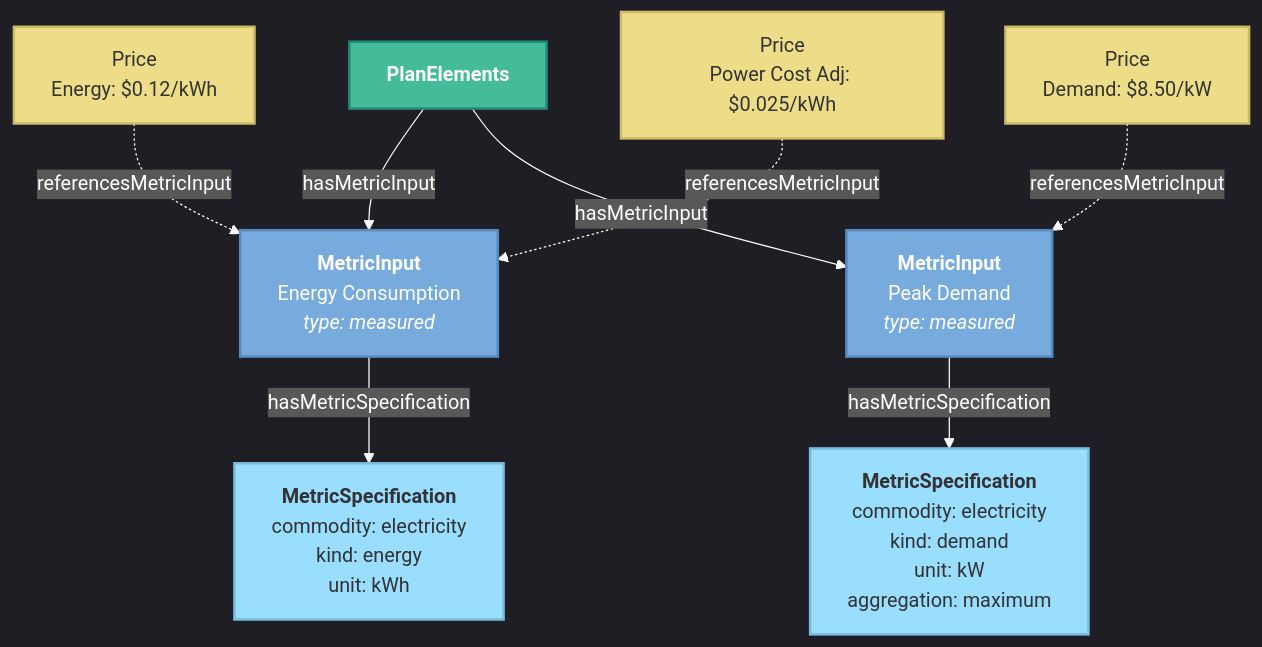
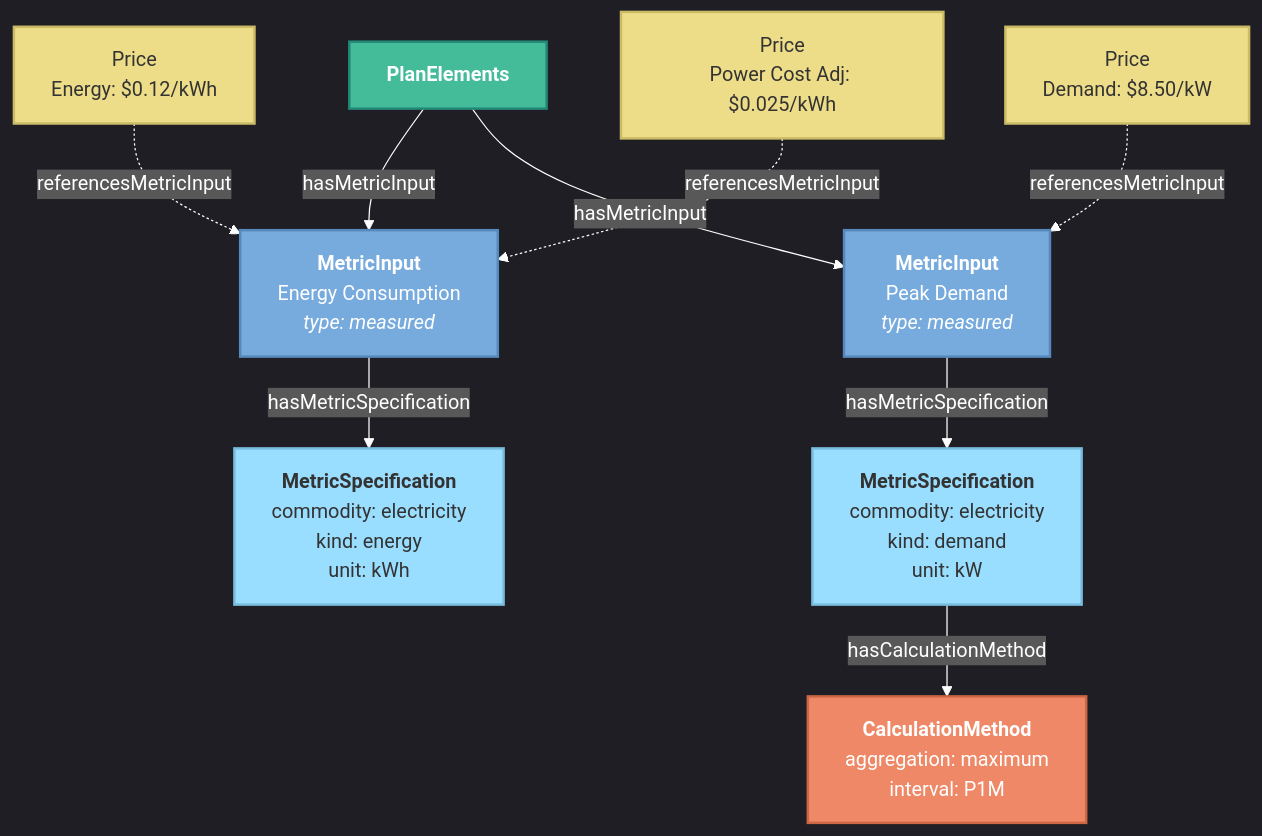
The third of 5 diagrams in documentation/pages/urpx-tutorial.md (urpx-org/urpx), drawn with Mermaid before and after one commit. The commit also changed other lines of this file and 9 other files, not shown here.

````diff
--- a/documentation/pages/urpx-tutorial.md
+++ b/documentation/pages/urpx-tutorial.md
@@ -414,35 +414,40 @@
 ```mermaid
 %%{init: {'theme':'dark', 'themeVariables': { 'darkMode':'true', 'background':'#000000', 'primaryColor':'#77AADD', 'primaryTextColor':'#ffffff', 'primaryBorderColor':'#5588BB', 'lineColor':'#ffffff', 'secondaryColor':'#44BB99', 'tertiaryColor':'#EE8866', 'textColor':'#ffffff', 'nodeTextColor':'#ffffff'}}}%%
 
 graph TB
     PE["<b>PlanElements</b>"]
 
     MI1["<b>MetricInput</b><br/>Energy Consumption<br/><i>type: measured</i>"]
     MI2["<b>MetricInput</b><br/>Peak Demand<br/><i>type: measured</i>"]
 
     MS1["<b>MetricSpecification</b><br/>commodity: electricity<br/>kind: energy<br/>unit: kWh"]
-    MS2["<b>MetricSpecification</b><br/>commodity: electricity<br/>kind: demand<br/>unit: kW<br/>aggregation: maximum"]
+    MS2["<b>MetricSpecification</b><br/>commodity: electricity<br/>kind: demand<br/>unit: kW"]
+
+    CM1["<b>CalculationMethod</b><br/>aggregation: maximum<br/>interval: P1M"]
 
     P1["Price<br/>Energy: $0.12/kWh"]
     P2["Price<br/>Demand: $8.50/kW"]
     P3["Price<br/>Power Cost Adj: $0.025/kWh"]
 
     PE -->|"hasMetricInput"| MI1
     PE -->|"hasMetricInput"| MI2
     MI1 -->|"hasMetricSpecification"| MS1
     MI2 -->|"hasMetricSpecification"| MS2
+    MS2 -->|"hasCalculationMethod"| CM1
 
     P1 -.->|"referencesMetricInput"| MI1
     P3 -.->|"referencesMetricInput"| MI1
     P2 -.->|"referencesMetricInput"| MI2
 
     classDef elemClass fill:#44BB99,stroke:#228877,stroke-width:2px,color:#fff
     classDef metricClass fill:#77AADD,stroke:#5588BB,stroke-width:2px,color:#fff
     classDef specClass fill:#99DDFF,stroke:#77BBDD,stroke-width:2px,color:#333
     classDef priceClass fill:#EEDD88,stroke:#CCBB66,stroke-width:2px,color:#333
+    classDef calcClass fill:#EE8866,stroke:#CC6644,stroke-width:2px,color:#fff
 
     class PE elemClass
     class MI1,MI2 metricClass
     class MS1,MS2 specClass
+    class CM1 calcClass
     class P1,P2,P3 priceClass
 ```
````
